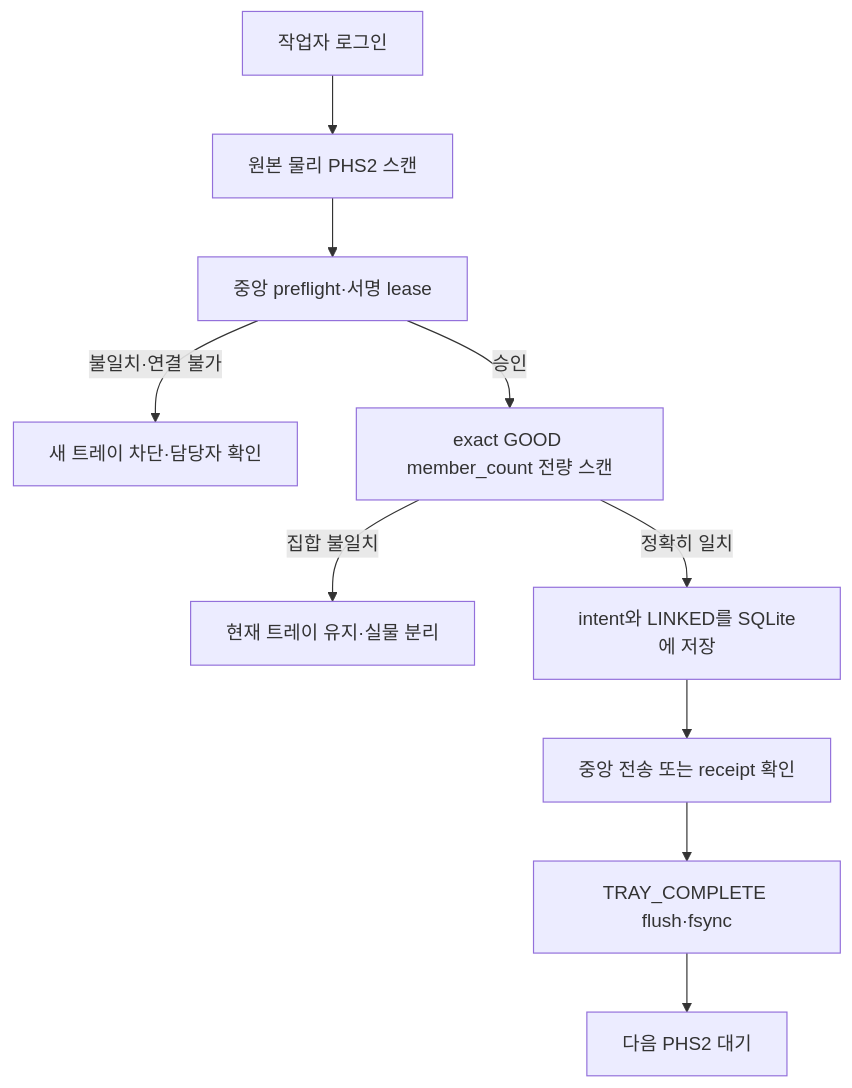
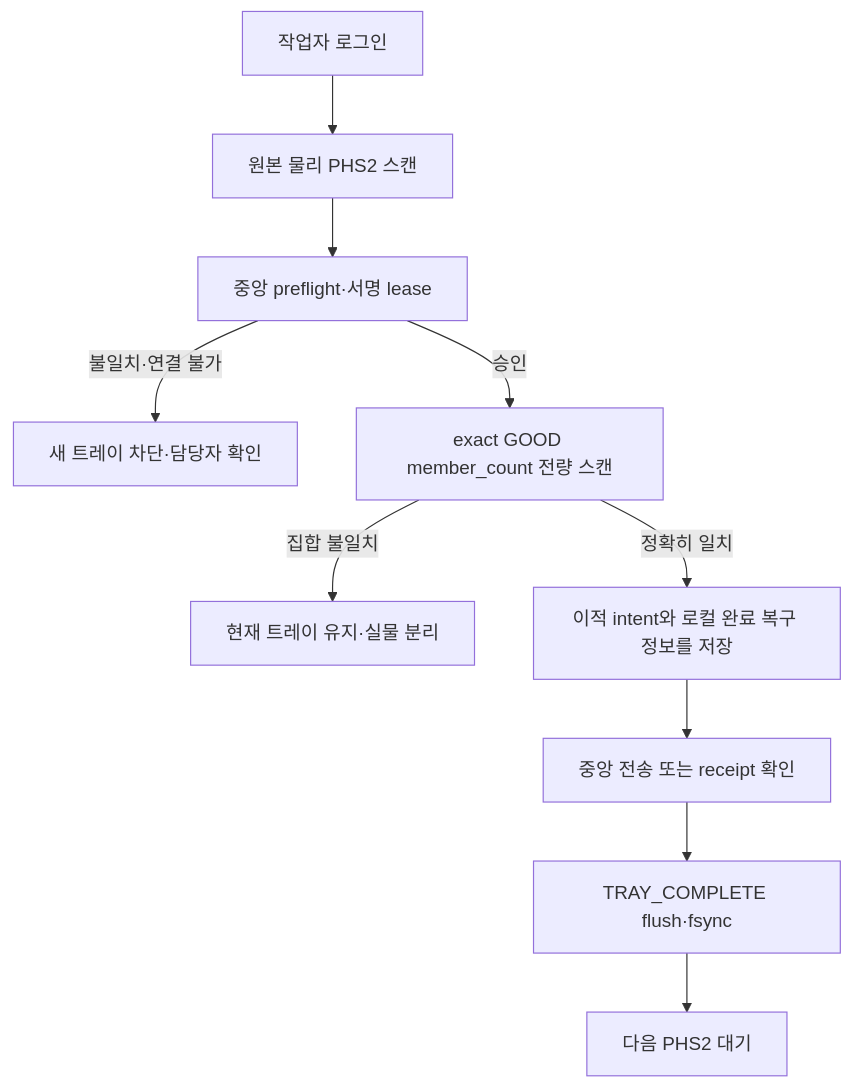
Before and after one commit to KMTechn/Container_Audit: the diagram in docs/OUTLINE_CONTAINER_AUDIT_USER_MANUAL_20260627.md, drawn with Mermaid. The commit also changed other lines of this file and 2 other files, not shown here.

````diff
--- a/docs/OUTLINE_CONTAINER_AUDIT_USER_MANUAL_20260627.md
+++ b/docs/OUTLINE_CONTAINER_AUDIT_USER_MANUAL_20260627.md
@@ -25,12 +27,12 @@
 ```mermaid
 flowchart TD
     A["작업자 로그인"] --> B["원본 물리 PHS2 스캔"]
     B --> C["중앙 preflight·서명 lease"]
     C -->|불일치·연결 불가| X["새 트레이 차단·담당자 확인"]
     C -->|승인| D["exact GOOD member_count 전량 스캔"]
     D -->|집합 불일치| Y["현재 트레이 유지·실물 분리"]
-    D -->|정확히 일치| E["intent와 LINKED를 SQLite에 저장"]
+    D -->|정확히 일치| E["이적 intent와 로컬 완료 복구 정보를 저장"]
     E --> F["중앙 전송 또는 receipt 확인"]
     F --> G["TRAY_COMPLETE flush·fsync"]
     G --> H["다음 PHS2 대기"]
 ```
````
